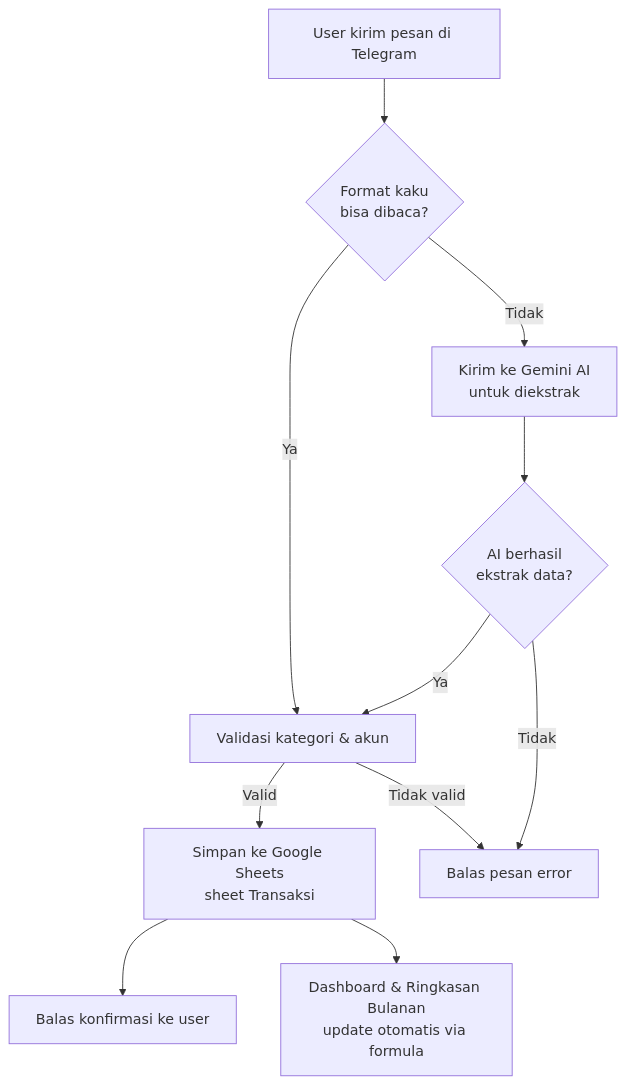
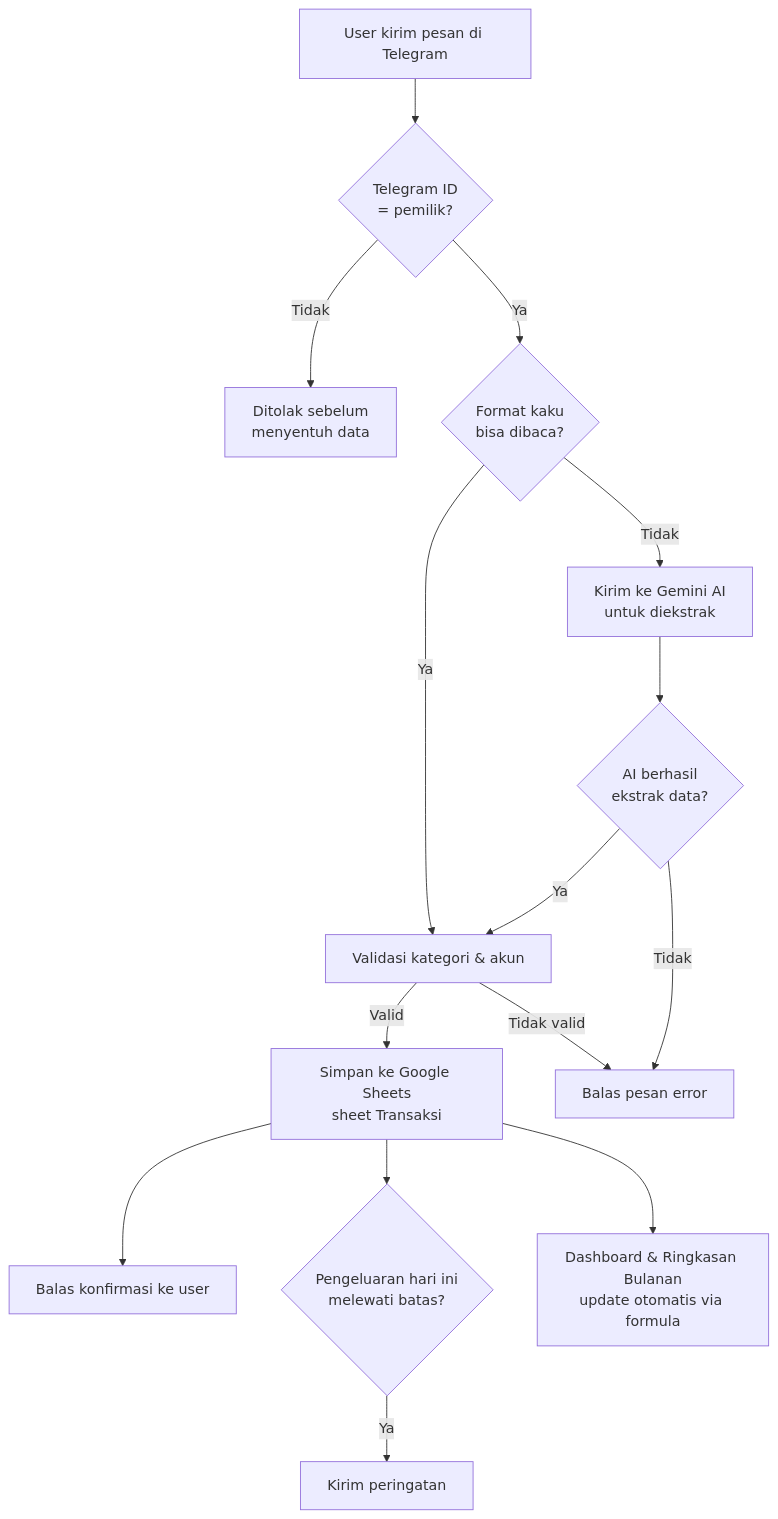
One commit to suryawahyudip-cyber/bot-keuangan-pribadi changed the diagram in README.md. Above: the diagram before and after it, drawn with Mermaid. The commit also changed other lines of this file, not shown here.

````diff
--- a/README.md
+++ b/README.md
@@ -38,13 +42,17 @@
 ```mermaid
 flowchart TD
-    A[User kirim pesan di Telegram] --> B{Format kaku<br/>bisa dibaca?}
+    A[User kirim pesan di Telegram] --> Z{Telegram ID<br/>= pemilik?}
+    Z -- Tidak --> Y[Ditolak sebelum<br/>menyentuh data]
+    Z -- Ya --> B{Format kaku<br/>bisa dibaca?}
     B -- Ya --> E[Validasi kategori & akun]
     B -- Tidak --> C[Kirim ke Gemini AI<br/>untuk diekstrak]
     C --> D{AI berhasil<br/>ekstrak data?}
     D -- Ya --> E
     D -- Tidak --> F[Balas pesan error]
     E -- Valid --> G[Simpan ke Google Sheets<br/>sheet Transaksi]
     E -- Tidak valid --> F
     G --> H[Balas konfirmasi ke user]
+    G --> J{Pengeluaran hari ini<br/>melewati batas?}
+    J -- Ya --> K[Kirim peringatan]
     G --> I[Dashboard & Ringkasan Bulanan<br/>update otomatis via formula]
 ```
````
